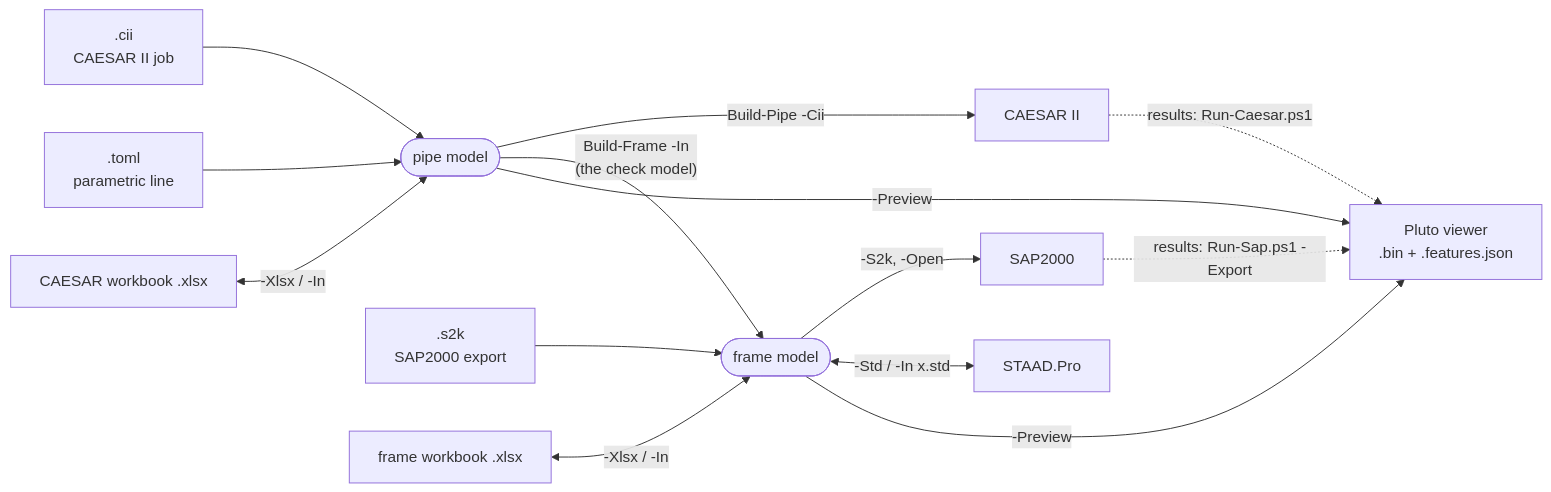
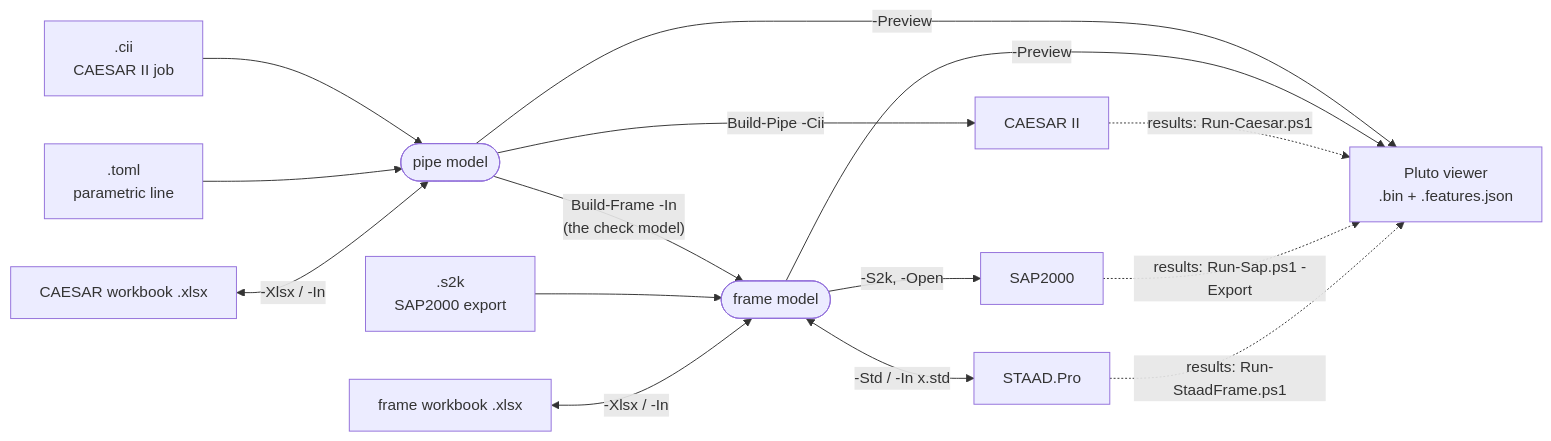
One commit to alan-smith-vt/Pluto changed the diagram in vault/arms/pipe-and-frame-workflow.md. Above: the diagram before and after it, drawn with Mermaid. The commit also changed other lines of this file and 12 other files, not shown here.

First line of the commit message:
A STAAD frame's .anl opens in the viewer with its forces, displacements, reactions and code check ratios per load case

````diff
--- a/vault/arms/pipe-and-frame-workflow.md
+++ b/vault/arms/pipe-and-frame-workflow.md
@@ -18,18 +18,19 @@
 ```mermaid
 flowchart LR
   CII[".cii<br/>CAESAR II job"] --> PM
   TOML[".toml<br/>parametric line"] --> PM
   PWB["CAESAR workbook .xlsx"] <-->|"-Xlsx / -In"| PM
   PM(["pipe model"])
   PM -->|"Build-Pipe -Cii"| CAESAR["CAESAR II"]
   PM -->|"Build-Frame -In<br/>(the check model)"| FM
   S2K[".s2k<br/>SAP2000 export"] --> FM
   FWB["frame workbook .xlsx"] <-->|"-Xlsx / -In"| FM
   FM(["frame model"])
   FM -->|"-S2k, -Open"| SAP["SAP2000"]
   FM <-->|"-Std / -In x.std"| STAAD["STAAD.Pro"]
   PM -->|"-Preview"| VIEW["Pluto viewer<br/>.bin + .features.json"]
   FM -->|"-Preview"| VIEW
   CAESAR -.->|"results: Run-Caesar.ps1"| VIEW
   SAP -.->|"results: Run-Sap.ps1 -Export"| VIEW
+  STAAD -.->|"results: Run-StaadFrame.ps1"| VIEW
 ```
````
